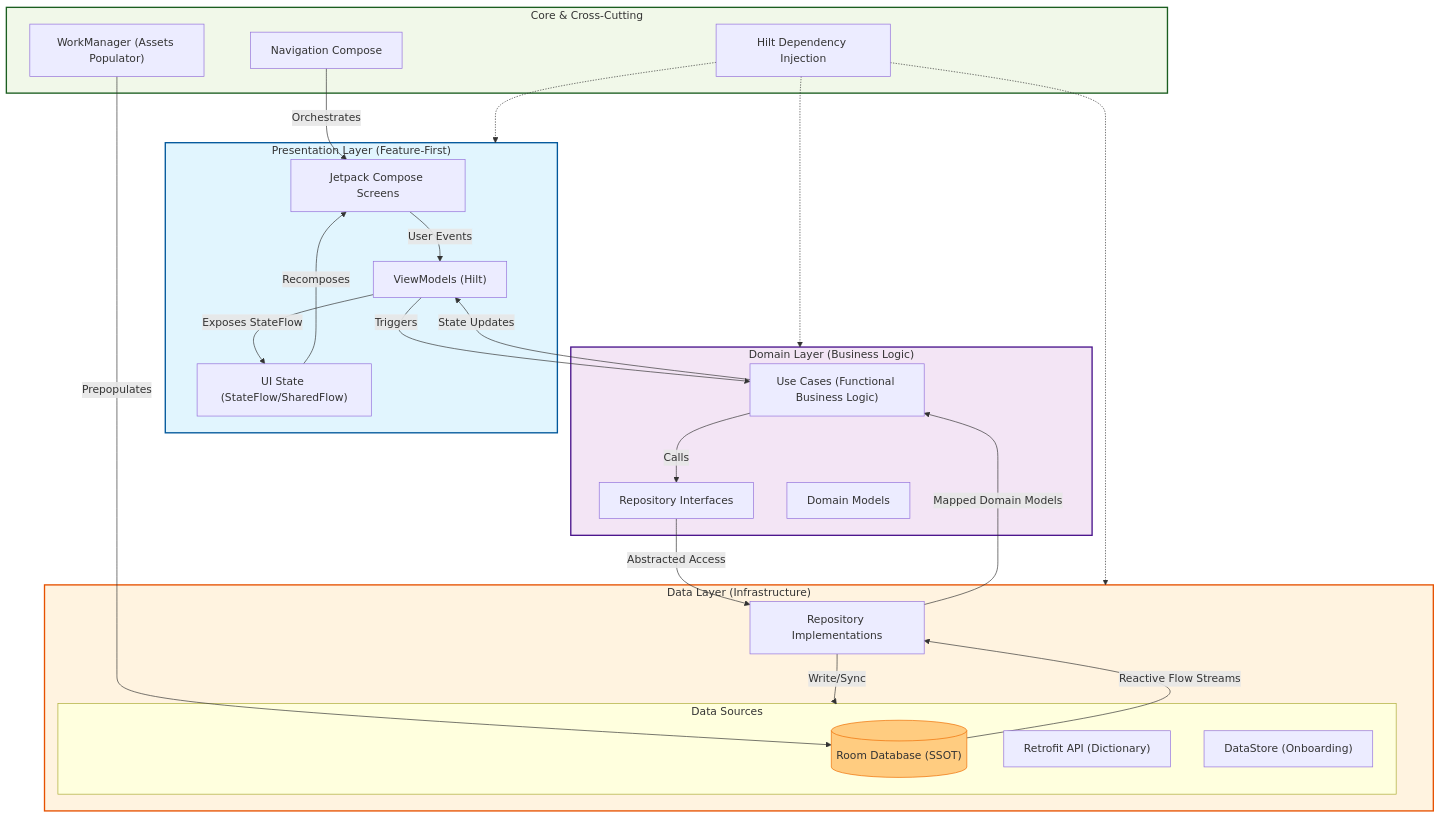
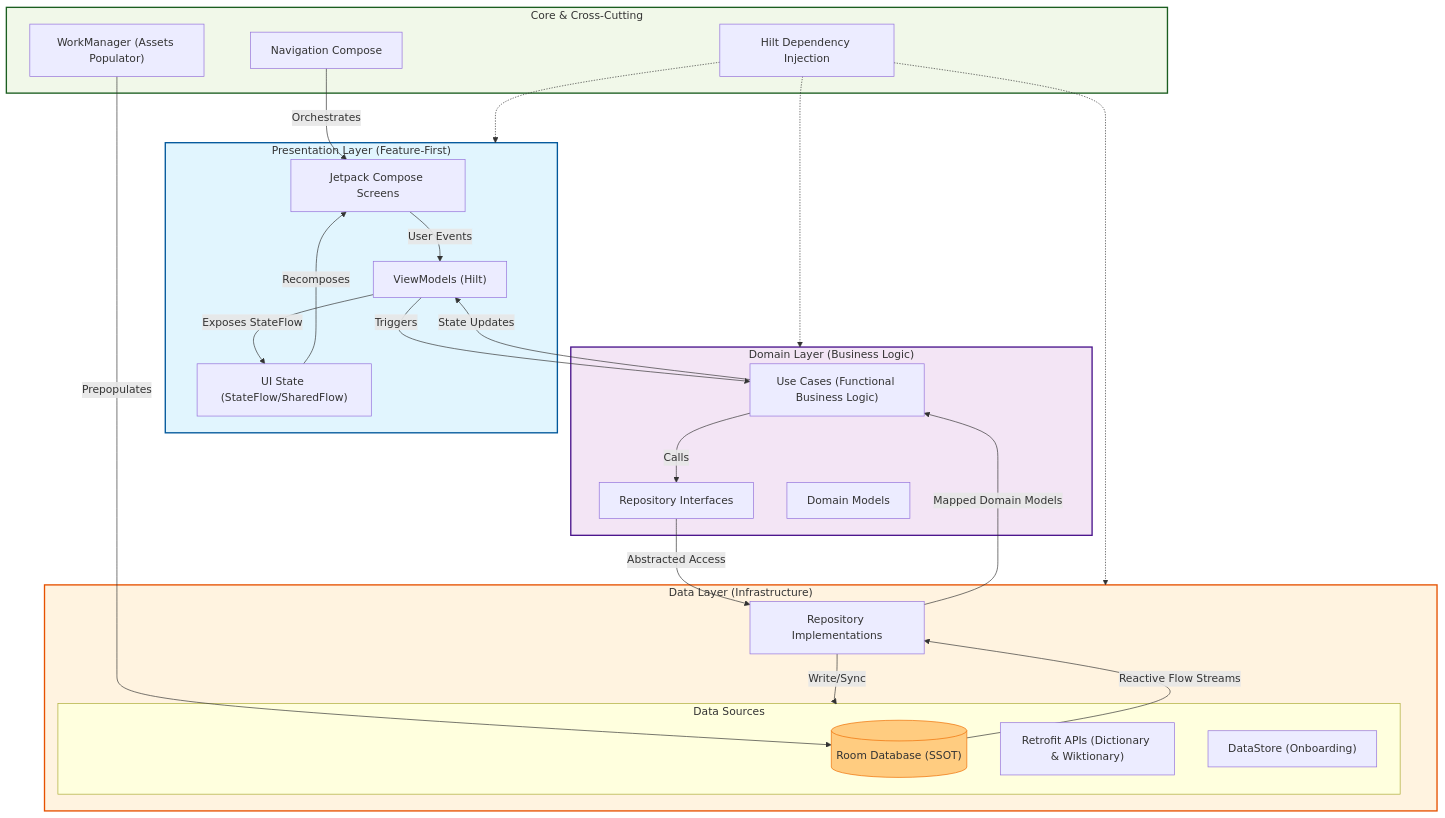
One commit to Coldqz/LexiUp changed the diagram in README.md. Above: the diagram before and after it, drawn with Mermaid. The commit also changed other lines of this file and 14 other files, not shown here.

````diff
--- a/README.md
+++ b/README.md
@@ -55,57 +55,57 @@
 ```mermaid
 graph TD
     %% Layers and Subgraphs
     subgraph Presentation_Layer ["Presentation Layer (Feature-First)"]
         UI["Jetpack Compose Screens"]
         VM["ViewModels (Hilt)"]
         State["UI State (StateFlow/SharedFlow)"]
     end
 
     subgraph Domain_Layer ["Domain Layer (Business Logic)"]
         UC["Use Cases (Functional Business Logic)"]
         RI["Repository Interfaces"]
         DM["Domain Models"]
     end
 
     subgraph Data_Layer ["Data Layer (Infrastructure)"]
         RImpl["Repository Implementations"]
         subgraph Data_Sources ["Data Sources"]
             DB[("Room Database (SSOT)")]
-            API["Retrofit API (Dictionary)"]
+            API["Retrofit APIs (Dictionary & Wiktionary)"]
             DS["DataStore (Onboarding)"]
         end
     end
 
     subgraph Core_Layer ["Core & Cross-Cutting"]
         Hilt["Hilt Dependency Injection"]
         Work["WorkManager (Assets Populator)"]
         Nav["Navigation Compose"]
     end
 
     %% Data Flow
     UI -- User Events --> VM
     VM -- Triggers --> UC
     UC -- Calls --> RI
     RI -- Abstracted Access --> RImpl
     
     RImpl -- Write/Sync --> Data_Sources
     DB -- Reactive Flow Streams --> RImpl
     RImpl -- Mapped Domain Models --> UC
     UC -- State Updates --> VM
     VM -- Exposes StateFlow --> State
     State -- Recomposes --> UI
 
     %% Infrastructure Links
     Hilt -.-> Presentation_Layer
     Hilt -.-> Domain_Layer
     Hilt -.-> Data_Layer
     Work -- Prepopulates --> DB
     Nav -- Orchestrates --> UI
 
     %% Styling
     style Presentation_Layer fill:#e1f5fe,stroke:#01579b,stroke-width:2px
     style Domain_Layer fill:#f3e5f5,stroke:#4a148c,stroke-width:2px
     style Data_Layer fill:#fff3e0,stroke:#e65100,stroke-width:2px
     style Core_Layer fill:#f1f8e9,stroke:#1b5e20,stroke-width:2px
     style DB fill:#ffcc80,stroke:#ef6c00
 ```
````
